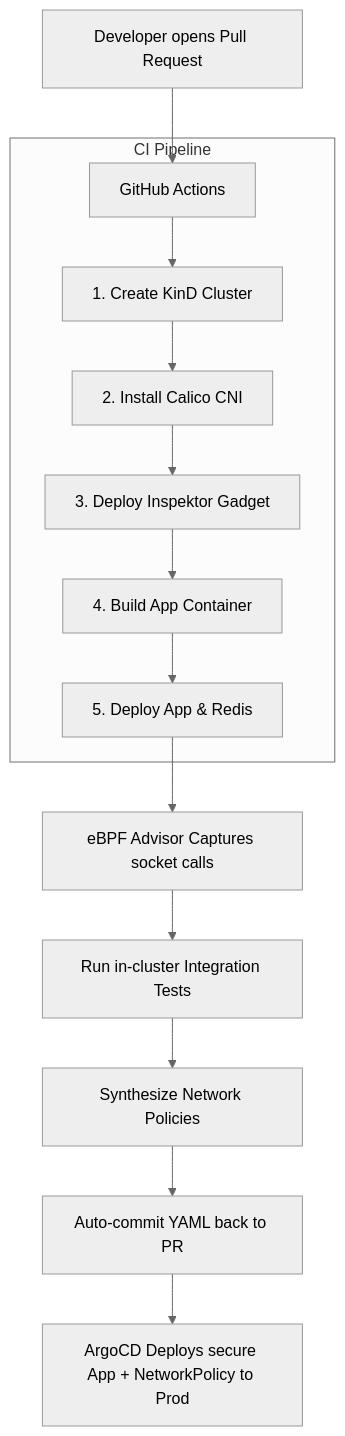
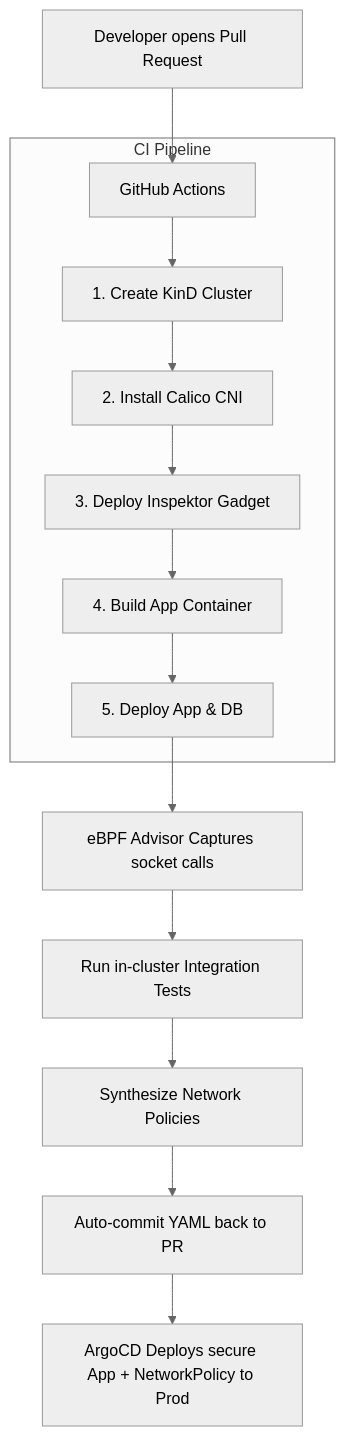
The diagram in README.md (LunaAlbatross/eBPF-Zero-Trust-Policies), drawn with Mermaid (neutral theme) before and after one commit. The commit also changed other lines of this file, not shown here.

````diff
--- a/README.md
+++ b/README.md
@@ -22,16 +63,16 @@
 ```mermaid
 graph TD
     Developer[Developer opens Pull Request] --> GHA[GitHub Actions]
     subgraph CI Pipeline
         GHA --> CreateCluster[1. Create KinD Cluster]
         CreateCluster --> InstallCalico[2. Install Calico CNI]
         InstallCalico --> DeployGadget[3. Deploy Inspektor Gadget]
         DeployGadget --> BuildImage[4. Build App Container]
-        BuildImage --> DeployApp[5. Deploy App & Redis]
+        BuildImage --> DeployApp[5. Deploy App & DB]
     end
     DeployApp --> Tracing[eBPF Advisor Captures socket calls]
     Tracing --> RunTests[Run in-cluster Integration Tests]
     RunTests --> StopTrace[Synthesize Network Policies]
     StopTrace --> CommitBack[Auto-commit YAML back to PR]
     CommitBack --> GitOps[ArgoCD Deploys secure App + NetworkPolicy to Prod]
 ```
````
